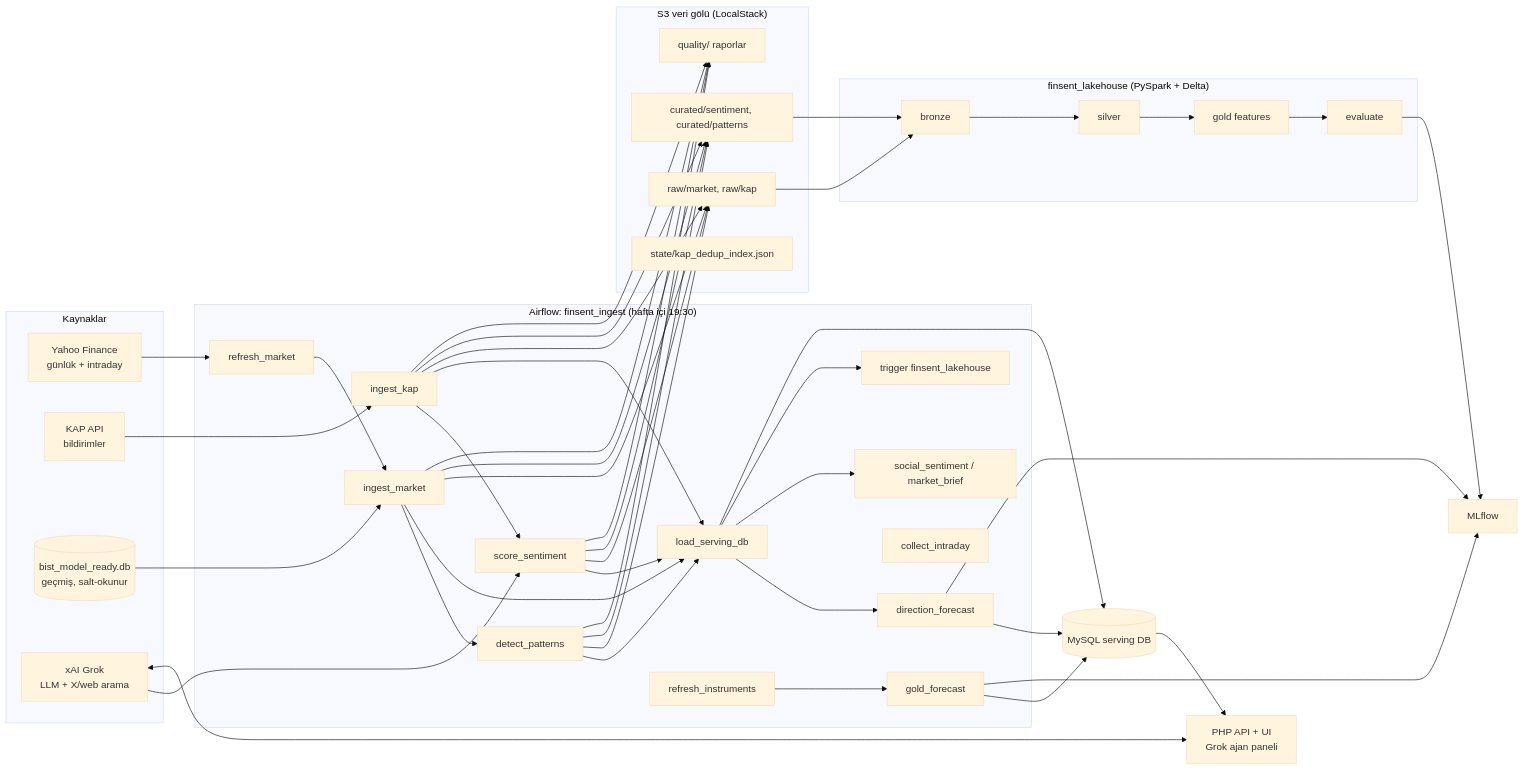
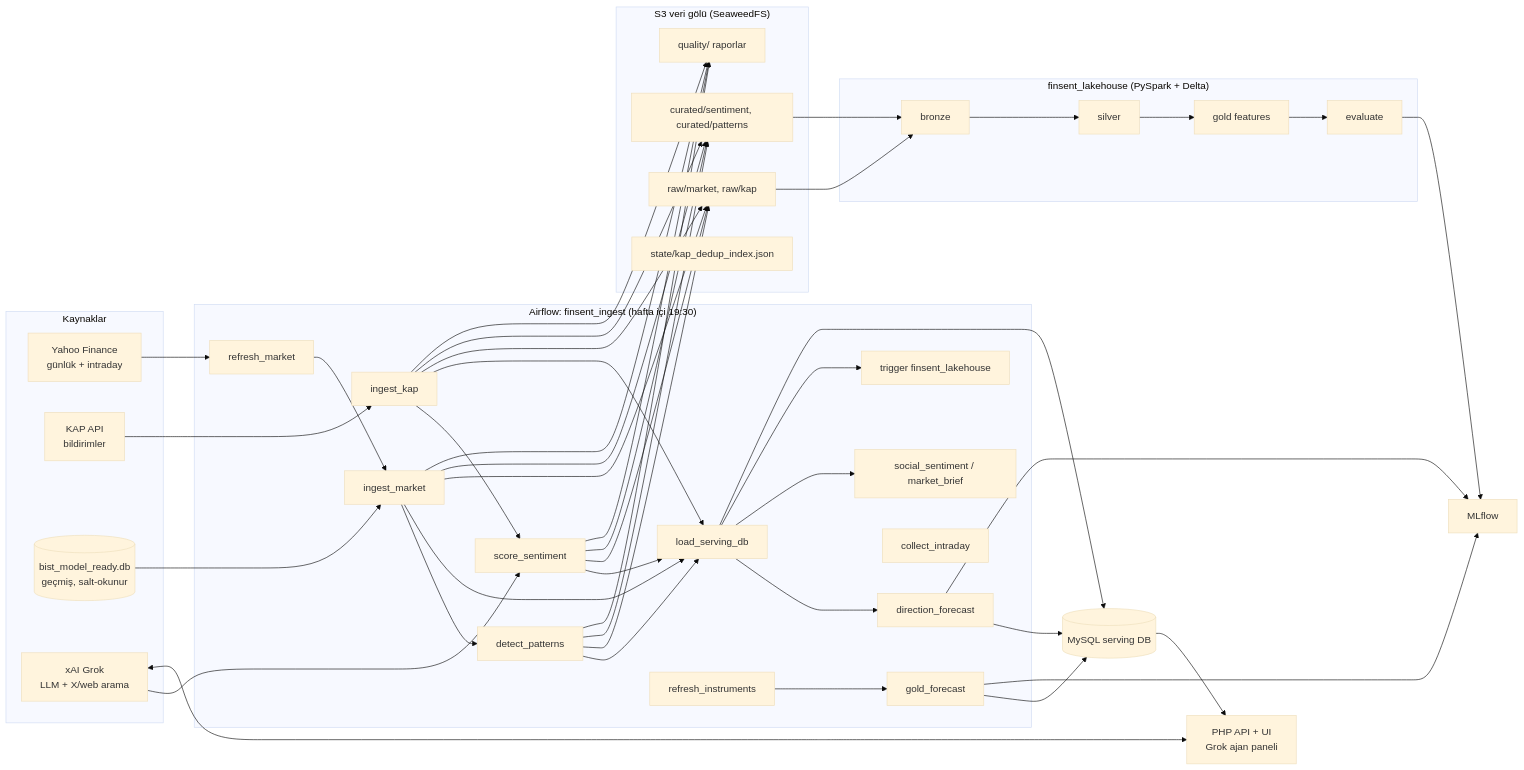
One commit to AliEmreArar/finsent changed the diagram in AGENT_HANDOFF.md. Above: the diagram before and after it, drawn with Mermaid (base theme). The commit also changed other lines of this file and 12 other files, not shown here.

First line of the commit message:
Persistent S3: replace LocalStack with SeaweedFS, add rebuild-lake

````diff
--- a/AGENT_HANDOFF.md
+++ b/AGENT_HANDOFF.md
@@ -71,43 +71,43 @@
 ```mermaid
 flowchart LR
   subgraph Kaynaklar
     Y[Yahoo Finance<br/>günlük + intraday]
     K[KAP API<br/>bildirimler]
     S[(bist_model_ready.db<br/>geçmiş, salt-okunur)]
     X[xAI Grok<br/>LLM + X/web arama]
   end
   subgraph Airflow["Airflow: finsent_ingest (hafta içi 19:30)"]
     A1[refresh_market] --> A2[ingest_market]
     A3[ingest_kap] --> A4[score_sentiment]
     A2 --> A5[detect_patterns]
     A2 & A3 & A4 & A5 --> A6[load_serving_db]
     A6 --> A7[direction_forecast]
     A6 --> A8[social_sentiment / market_brief]
     A9[refresh_instruments] --> A10[gold_forecast]
     A11[collect_intraday]
     A6 --> A12[trigger finsent_lakehouse]
   end
-  subgraph Lake["S3 veri gölü (LocalStack)"]
+  subgraph Lake["S3 veri gölü (SeaweedFS)"]
     R[raw/market, raw/kap]
     C[curated/sentiment, curated/patterns]
     Q[quality/ raporlar]
     D[state/kap_dedup_index.json]
   end
   subgraph Spark["finsent_lakehouse (PySpark + Delta)"]
     B[bronze] --> SV[silver] --> G[gold features] --> EV[evaluate]
   end
   M[(MySQL serving DB)]
   W[PHP API + UI<br/>Grok ajan paneli]
   ML[MLflow]
   Y --> A1
   S --> A2
   K --> A3
   X --> A4
   A2 & A3 & A4 & A5 --> R & C & Q
   A6 --> M
   A7 & A10 --> M
   A7 & A10 & EV --> ML
   R & C --> B
   M --> W
   X <--> W
 ```
````
